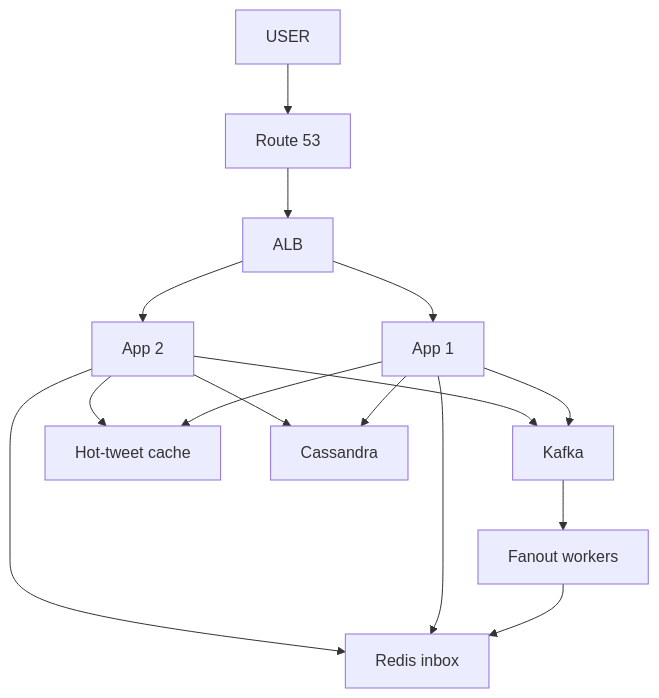
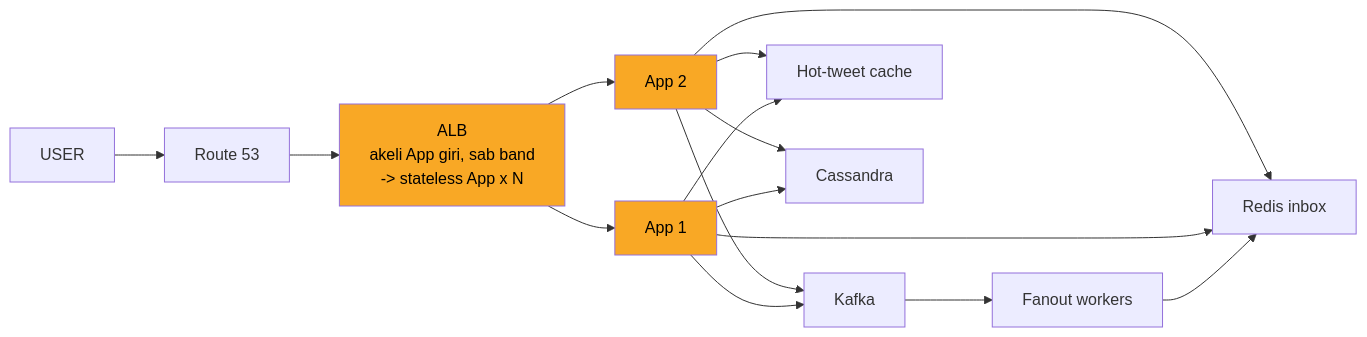
Before and after one commit to ArpanMaheshwari144/Prep: the ninth of 12 diagrams in 04_HLD/SYSTEM_DESIGNS/03_twitter_feed/03_twitter_feed.md, drawn with Mermaid. The commit also changed other lines of this file and 2 other files, not shown here.

Commit message:
url shortener, rate limiter, twitter: one-day story, short cards, follow-ups with rules, highlighted diagrams

````diff
--- a/04_HLD/SYSTEM_DESIGNS/03_twitter_feed/03_twitter_feed.md
+++ b/04_HLD/SYSTEM_DESIGNS/03_twitter_feed/03_twitter_feed.md
@@ -352,27 +347,30 @@
 ```mermaid
-flowchart TD
+flowchart LR
     n_USER["USER"]
     n_Route_53["Route 53"]
-    n_ALB["ALB"]
+    n_ALB["ALB<br/>akeli App giri, sab band<br/>-> stateless App x N"]
     n_App_x_N_1["App 1"]
     n_App_x_N_2["App 2"]
     n_Kafka["Kafka"]
     n_Fanout_workers["Fanout workers"]
     n_Redis_inbox["Redis inbox"]
     n_Hot_tweet_cache["Hot-tweet cache"]
     n_Cassandra["Cassandra"]
     n_USER --> n_Route_53
     n_Route_53 --> n_ALB
     n_ALB --> n_App_x_N_1
     n_ALB --> n_App_x_N_2
     n_App_x_N_1 --> n_Kafka
     n_App_x_N_2 --> n_Kafka
     n_App_x_N_1 --> n_Hot_tweet_cache
     n_App_x_N_2 --> n_Hot_tweet_cache
     n_App_x_N_1 --> n_Cassandra
     n_App_x_N_2 --> n_Cassandra
     n_Kafka --> n_Fanout_workers
     n_Fanout_workers --> n_Redis_inbox
     n_App_x_N_1 --> n_Redis_inbox
     n_App_x_N_2 --> n_Redis_inbox
+    style n_ALB fill:#f9a825,color:#000
+    style n_App_x_N_1 fill:#f9a825,color:#000
+    style n_App_x_N_2 fill:#f9a825,color:#000
 ```
````
